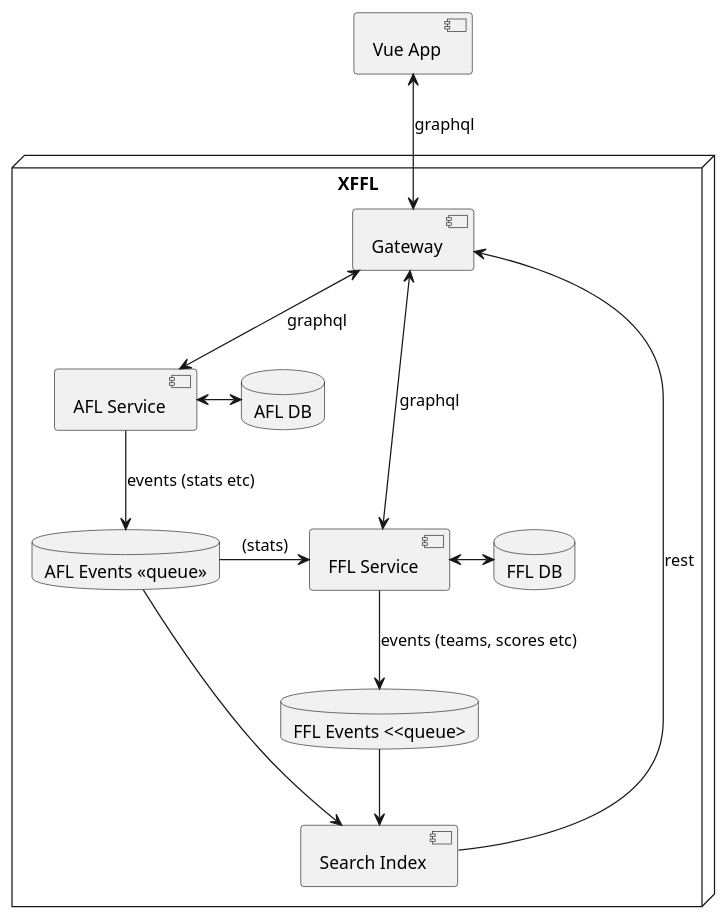
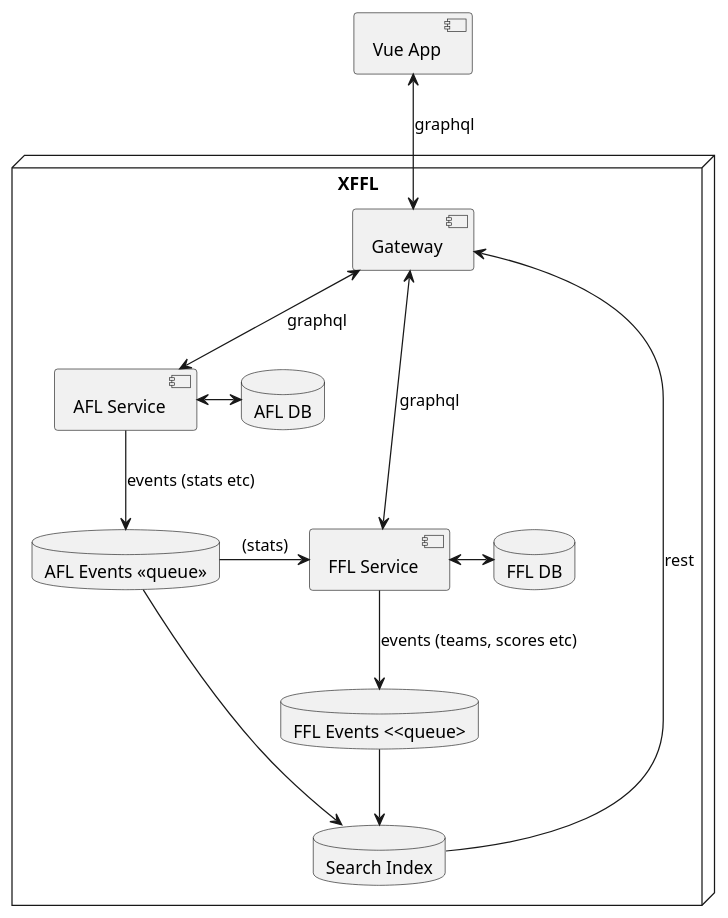
One commit to ruiboy/xffl changed the first of 3 diagrams in README.md. Above: the diagram before and after it, drawn with PlantUML. The commit also changed 1 other file, not shown here.

Commit message:
Update logical view

````diff
--- a/README.md
+++ b/README.md
@@ -313,37 +313,37 @@
 ```plantuml
 @startuml
 
 [Vue App] as vueapp
 
 node "XFFL" {
   [Gateway] as gateway
 
   [AFL Service] as aflservice
   [FFL Service] as fflservice
 
   database "AFL DB" as afldb
   database "FFL DB" as ffldb
 
   database "AFL Events <<queue>>" as aflqueue
   database "FFL Events <<queue>" as fflqueue
 
-  [Search Index] as searchindex
+  database "Search Index" as searchindex
 }
 
 vueapp <--> gateway : graphql
 
 gateway <--> aflservice : graphql
 aflservice <-> afldb
 aflservice --> aflqueue : "events (stats etc)"
 aflqueue --> searchindex
 aflqueue -> fflservice : (stats)
 
 gateway <--> fflservice : graphql
 fflservice <-> ffldb
 fflservice --> fflqueue : "events (teams, scores etc)" 
 fflqueue --> searchindex
 
 gateway <-- searchindex : rest
 
 @enduml
 ```
````
